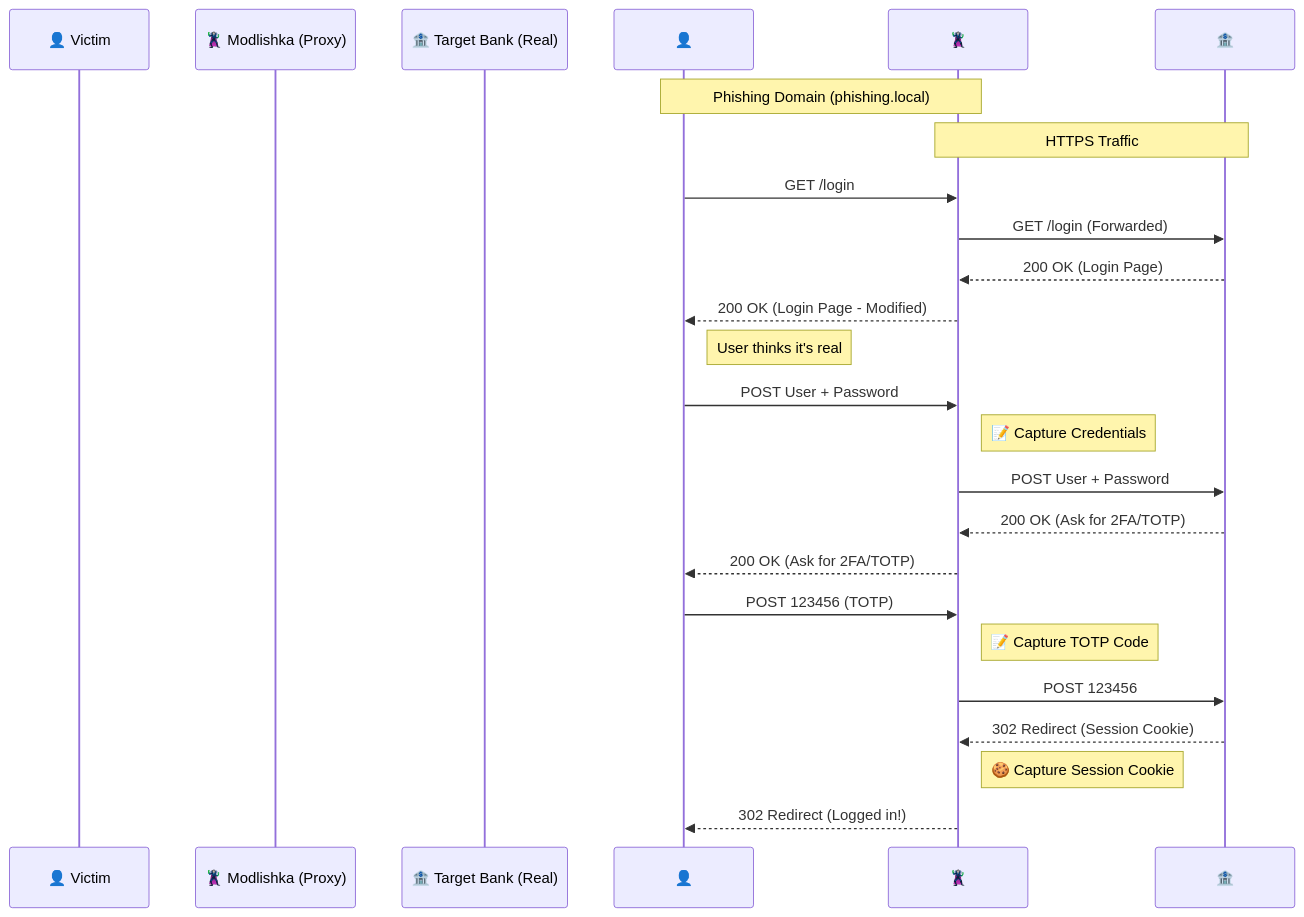
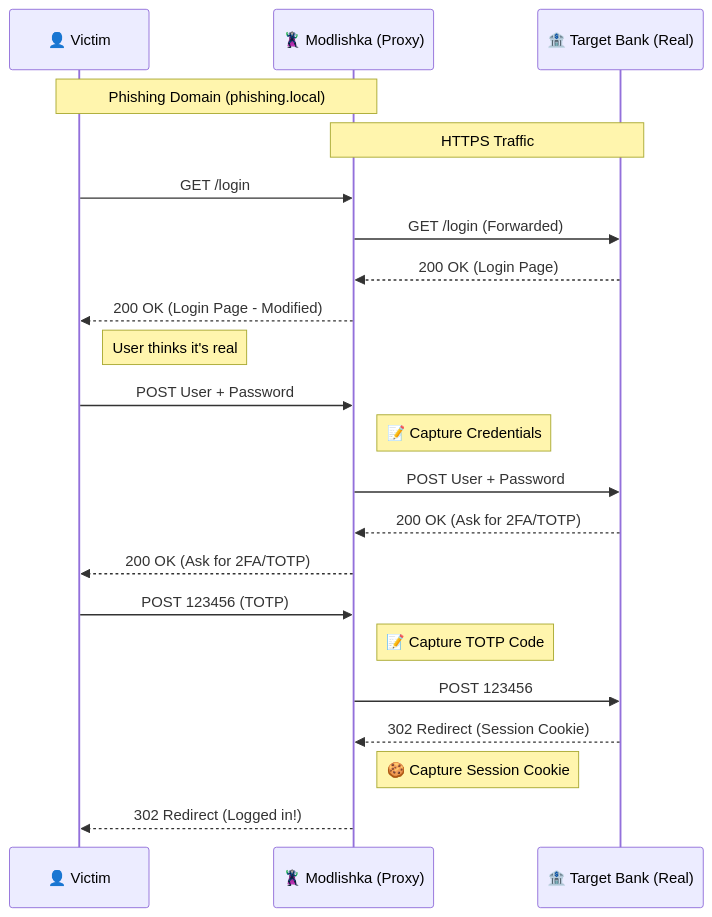
Before and after one commit to edelahozuah/intro-to-password-workshop: the diagram in exercises/module10/README.md, drawn with Mermaid. The commit also changed 5 other files, not shown here.

Commit message:
Fix Mermaid diagrams syntax for better compatibility

````diff
--- a/exercises/module10/README.md
+++ b/exercises/module10/README.md
@@ -14,30 +14,30 @@
 ```mermaid
 sequenceDiagram
-    participant 👤 Victim
-    participant 🦹 Modlishka (Proxy)
-    participant 🏦 Target Bank (Real)
+    participant V as 👤 Victim
+    participant M as 🦹 Modlishka (Proxy)
+    participant B as 🏦 Target Bank (Real)
     
-    Note over 👤, 🦹: Phishing Domain (phishing.local)
-    Note over 🦹, 🏦: HTTPS Traffic
+    Note over V, M: Phishing Domain (phishing.local)
+    Note over M, B: HTTPS Traffic
     
-    👤->>🦹: GET /login
-    🦹->>🏦: GET /login (Forwarded)
-    🏦-->>🦹: 200 OK (Login Page)
-    🦹-->>👤: 200 OK (Login Page - Modified)
+    V->>M: GET /login
+    M->>B: GET /login (Forwarded)
+    B-->>M: 200 OK (Login Page)
+    M-->>V: 200 OK (Login Page - Modified)
     
-    Note right of 👤: User thinks it's real
-    👤->>🦹: POST User + Password
-    Note right of 🦹: 📝 Capture Credentials
-    🦹->>🏦: POST User + Password
+    Note right of V: User thinks it's real
+    V->>M: POST User + Password
+    Note right of M: 📝 Capture Credentials
+    M->>B: POST User + Password
     
-    🏦-->>🦹: 200 OK (Ask for 2FA/TOTP)
-    🦹-->>👤: 200 OK (Ask for 2FA/TOTP)
+    B-->>M: 200 OK (Ask for 2FA/TOTP)
+    M-->>V: 200 OK (Ask for 2FA/TOTP)
     
-    👤->>🦹: POST 123456 (TOTP)
-    Note right of 🦹: 📝 Capture TOTP Code
-    🦹->>🏦: POST 123456
+    V->>M: POST 123456 (TOTP)
+    Note right of M: 📝 Capture TOTP Code
+    M->>B: POST 123456
     
-    🏦-->>🦹: 302 Redirect (Session Cookie)
-    Note right of 🦹: 🍪 Capture Session Cookie
-    🦹-->>👤: 302 Redirect (Logged in!)
+    B-->>M: 302 Redirect (Session Cookie)
+    Note right of M: 🍪 Capture Session Cookie
+    M-->>V: 302 Redirect (Logged in!)
 ```
````
